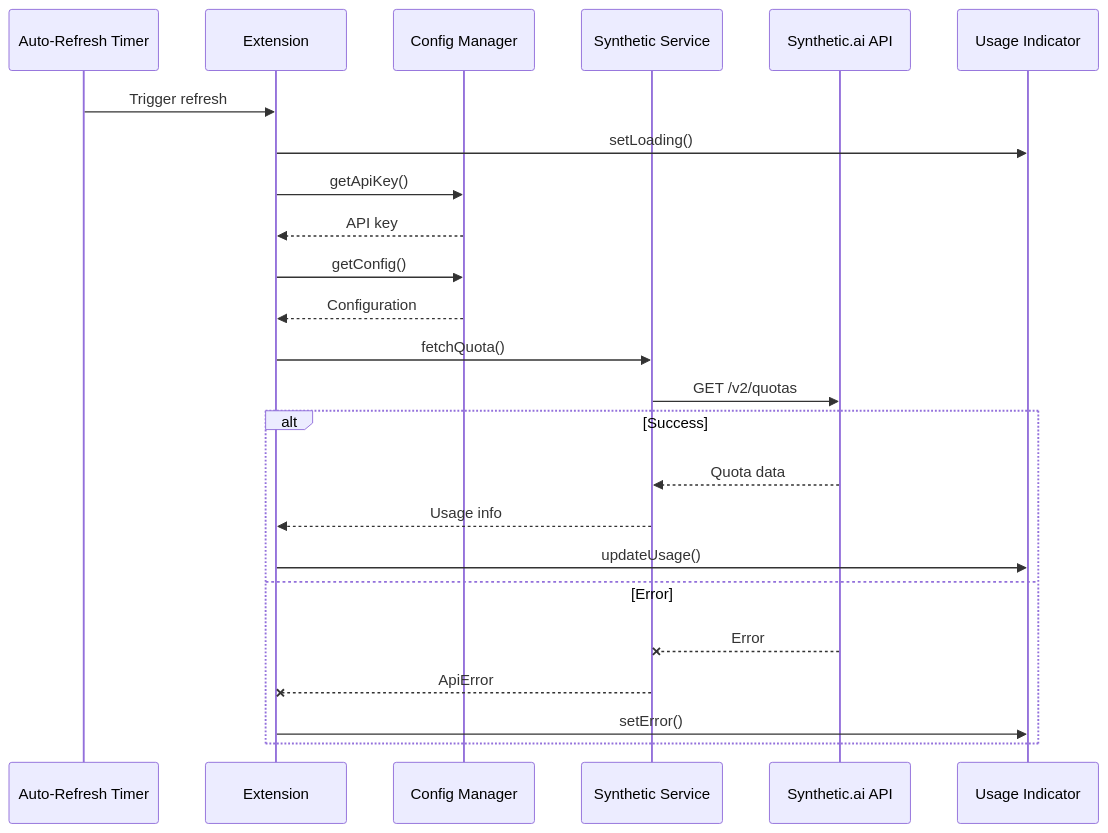
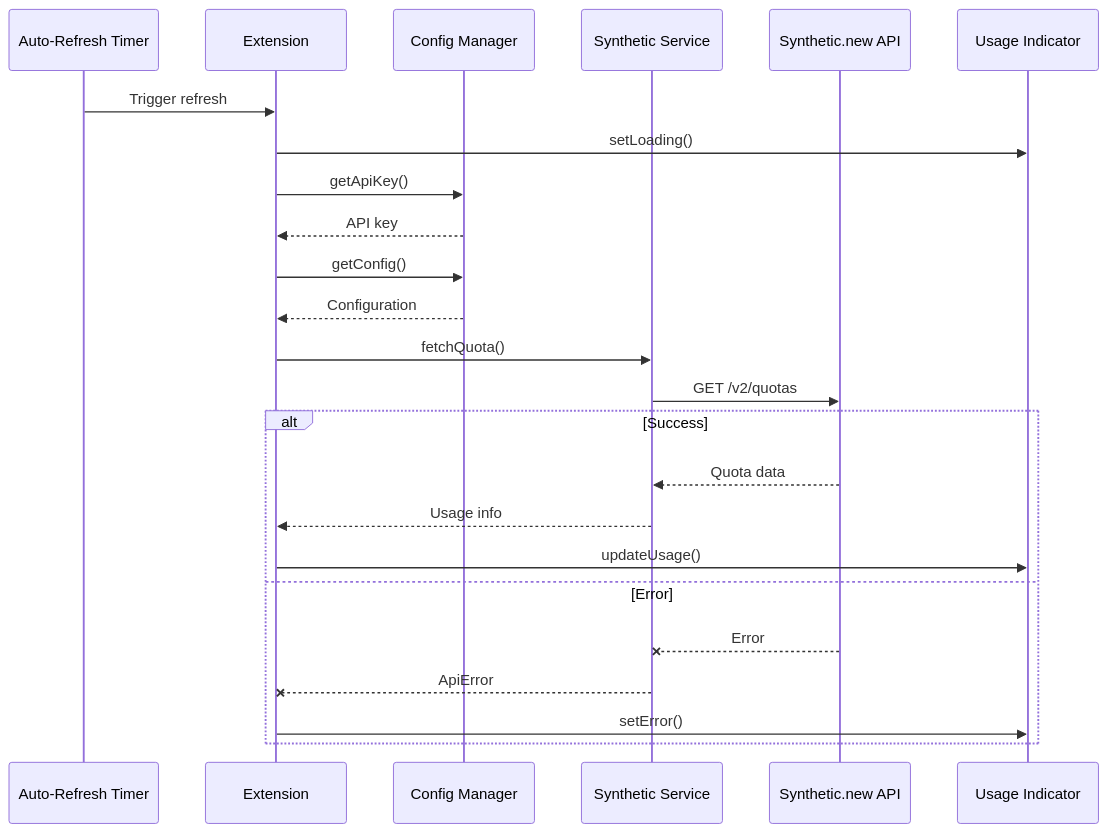
Before and after one commit to AppliedEllipsis/synthetic-usage-tracker: the third of 4 diagrams in docs/architecture.md, drawn with Mermaid. The commit also changed other lines of this file and 8 other files, not shown here.

````diff
--- a/docs/architecture.md
+++ b/docs/architecture.md
@@ -151,27 +151,27 @@
 ```mermaid
 sequenceDiagram
     participant Timer as Auto-Refresh Timer
     participant Extension as Extension
     participant Config as Config Manager
     participant Service as Synthetic Service
-    participant API as Synthetic.ai API
+    participant API as Synthetic.new API
     participant Indicator as Usage Indicator
 
     Timer->>Extension: Trigger refresh
     Extension->>Indicator: setLoading()
     Extension->>Config: getApiKey()
     Config-->>Extension: API key
     Extension->>Config: getConfig()
     Config-->>Extension: Configuration
     Extension->>Service: fetchQuota()
     Service->>API: GET /v2/quotas
     alt Success
         API-->>Service: Quota data
         Service-->>Extension: Usage info
         Extension->>Indicator: updateUsage()
     else Error
         API--xService: Error
         Service--xExtension: ApiError
         Extension->>Indicator: setError()
     end
 ```
````
